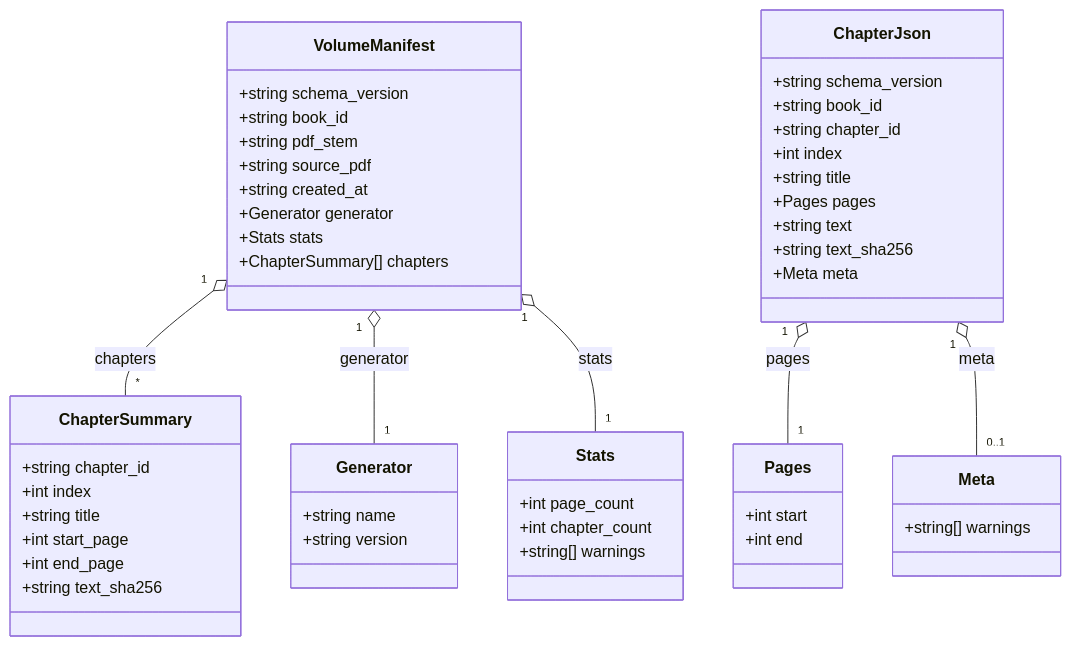
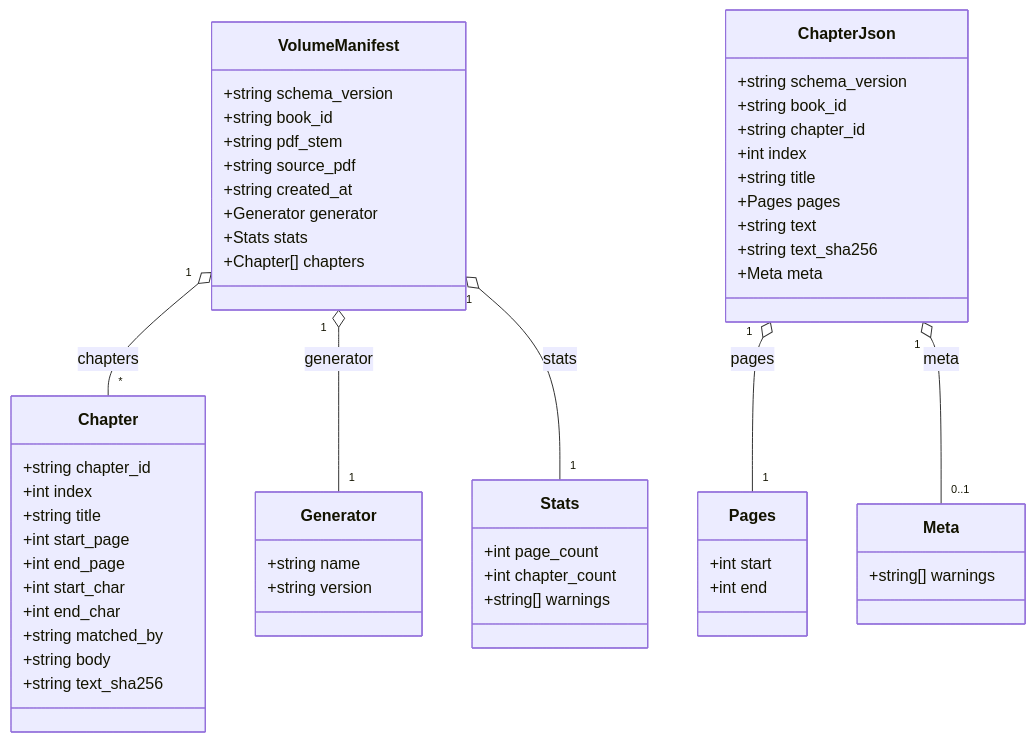
Before and after one commit to jwardwell7077/agent-audiobook-maker: the diagram in docs/diagrams/structured_json_schema.mmd, drawn with Mermaid. The commit also changed 8 other files, not shown here.

```diff
--- a/docs/diagrams/structured_json_schema.mmd
+++ b/docs/diagrams/structured_json_schema.mmd
@@ -1,58 +1,62 @@
 classDiagram
   class VolumeManifest {
     +string schema_version
     +string book_id
     +string pdf_stem
     +string source_pdf
     +string created_at
     +Generator generator
     +Stats stats
-    +ChapterSummary[] chapters
+    +Chapter[] chapters
   }
 
   class Generator {
     +string name
     +string version
   }
 
   class Stats {
     +int page_count
     +int chapter_count
     +string[] warnings
   }
 
-  class ChapterSummary {
+  class Chapter {
     +string chapter_id
     +int index
     +string title
     +int start_page
     +int end_page
+    +int start_char
+    +int end_char
+    +string matched_by
+    +string body
     +string text_sha256
   }
 
   class ChapterJson {
     +string schema_version
     +string book_id
     +string chapter_id
     +int index
     +string title
     +Pages pages
     +string text
     +string text_sha256
     +Meta meta
   }
 
   class Pages {
     +int start
     +int end
   }
 
   class Meta {
     +string[] warnings
   }
 
-  VolumeManifest "1" o-- "*" ChapterSummary : chapters
+  VolumeManifest "1" o-- "*" Chapter : chapters
   VolumeManifest "1" o-- "1" Generator : generator
   VolumeManifest "1" o-- "1" Stats : stats
   ChapterJson "1" o-- "1" Pages : pages
   ChapterJson "1" o-- "0..1" Meta : meta
```
